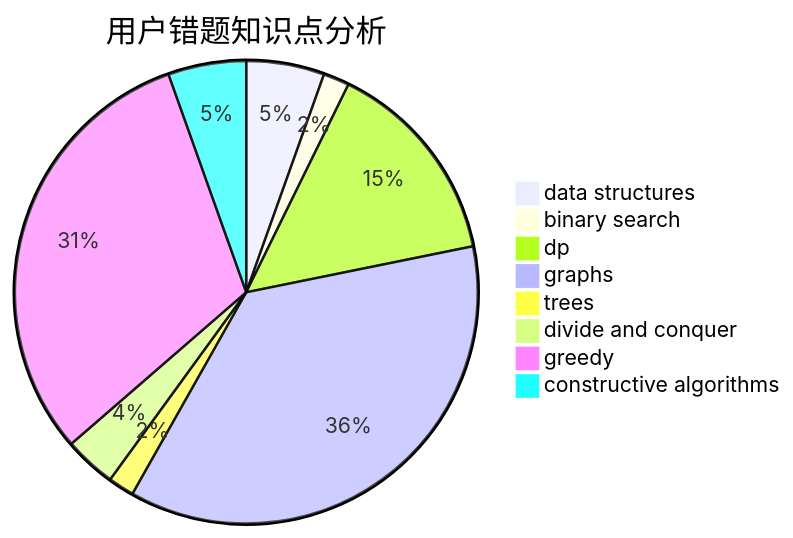
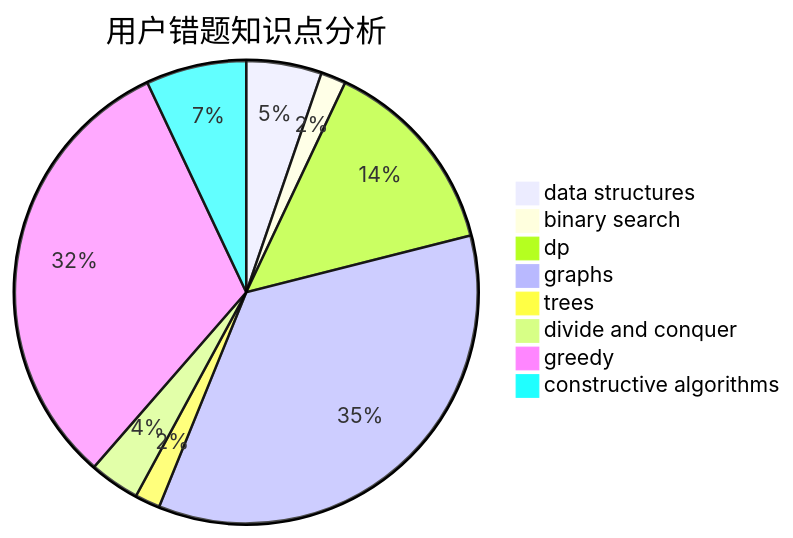
Before and after one commit to sherpahu/cfrs.github.io: the third of 3 diagrams in docs/user/u1952.md, drawn with Mermaid. The commit also changed other lines of this file and 2770 other files, not shown here.

````diff
--- a/docs/user/u1952.md
+++ b/docs/user/u1952.md
@@ -36,11 +36,11 @@
 ```mermaid
 pie title 用户错题知识点分析
     "data structures" :  3
     "binary search" :  1
     "dp" :  8
     "graphs" :  20
     "trees" :  1
     "divide and conquer" :  2
-    "greedy" :  17
-    "constructive algorithms" :  3
+    "greedy" :  18
+    "constructive algorithms" :  4
 ```
````
